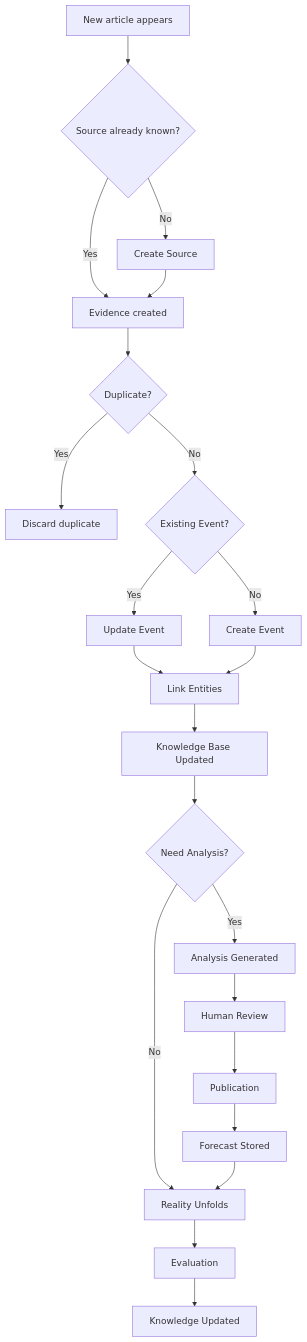
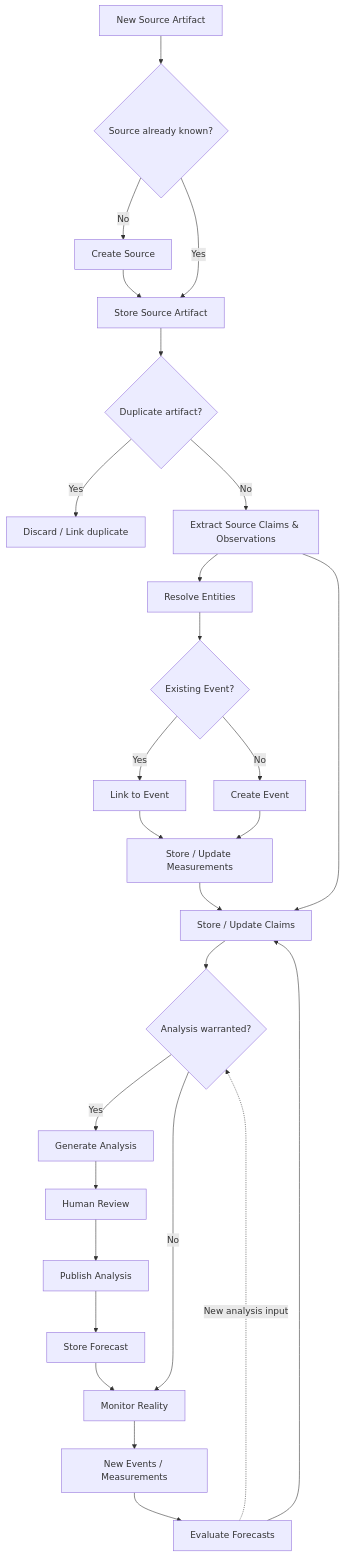
One commit to Mosavih/Nexus-Think-Tank changed the first of 3 diagrams in README.md. Above: the diagram before and after it, drawn with Mermaid. The commit also changed other lines of this file, not shown here.

````diff
--- a/README.md
+++ b/README.md
@@ -420,44 +301,65 @@
 ```mermaid
 flowchart TD
-    A[New article appears]
+    A[New Source Artifact]
     B{Source already known?}
     C[Create Source]
-    D[Evidence created]
-    E{Duplicate?}
-    F[Discard duplicate]
-    G{Existing Event?}
-    H[Update Event]
-    I[Create Event]
-    J[Link Entities]
-    K[Knowledge Base Updated]
-    L{Need Analysis?}
-    M[Analysis Generated]
-    N[Human Review]
-    O[Publication]
-    P[Forecast Stored]
-    Q[Reality Unfolds]
-    R[Evaluation]
-    S[Knowledge Updated]
+    D[Store Source Artifact]
+    E{Duplicate artifact?}
+    F[Discard / Link duplicate]
+
+    G[Extract Source Claims & Observations]
+    H[Resolve Entities]
+
+    I{Existing Event?}
+    J[Link to Event]
+    K[Create Event]
+
+    L[Store / Update Measurements]
+    M[Store / Update Claims]
+
+    N{Analysis warranted?}
+    O[Generate Analysis]
+    P[Human Review]
+    Q[Publish Analysis]
+    R[Store Forecast]
+
+    S[Monitor Reality]
+    T[New Events / Measurements]
+    U[Evaluate Forecasts]
 
     A --> B
     B -- No --> C
     B -- Yes --> D
     C --> D
+
     D --> E
     E -- Yes --> F
     E -- No --> G
-    G -- Yes --> H
-    G -- No --> I
-    H --> J
-    I --> J
-    J --> K
+
+    G --> H
+    H --> I
+
+    I -- Yes --> J
+    I -- No --> K
+
+    J --> L
     K --> L
-    L -- Yes --> M
-    L -- No --> Q
+    L --> M
+    G --> M
+
     M --> N
-    N --> O
+
+    N -- Yes --> O
+    N -- No --> S
+
     O --> P
     P --> Q
     Q --> R
     R --> S
+
+    S --> T
+    T --> U
+    U --> M
+
+    U -. New analysis input .-> N
 ```
````
